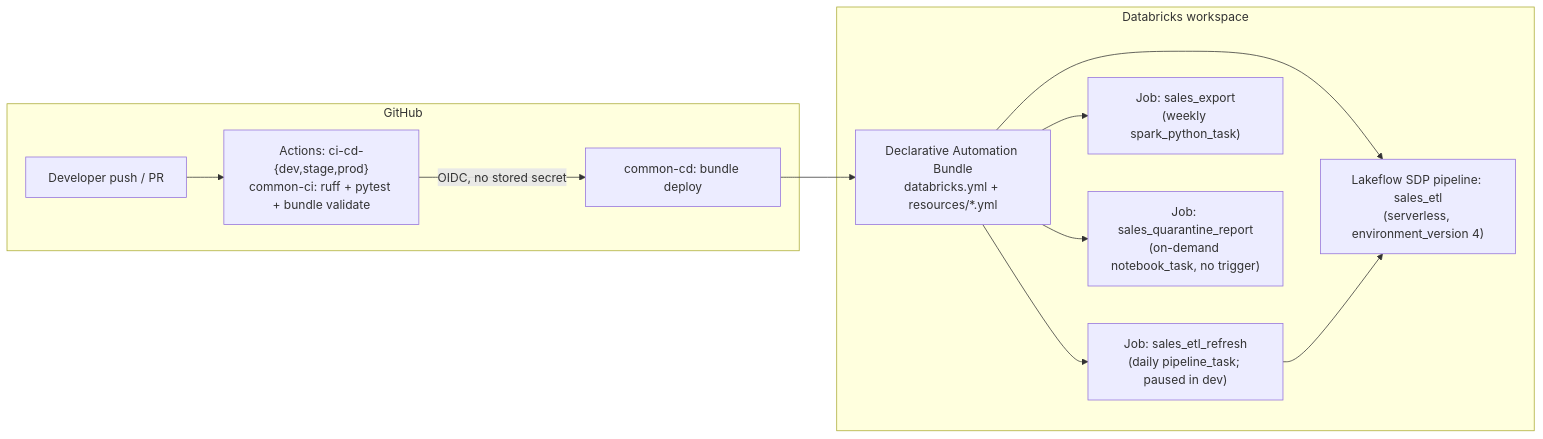
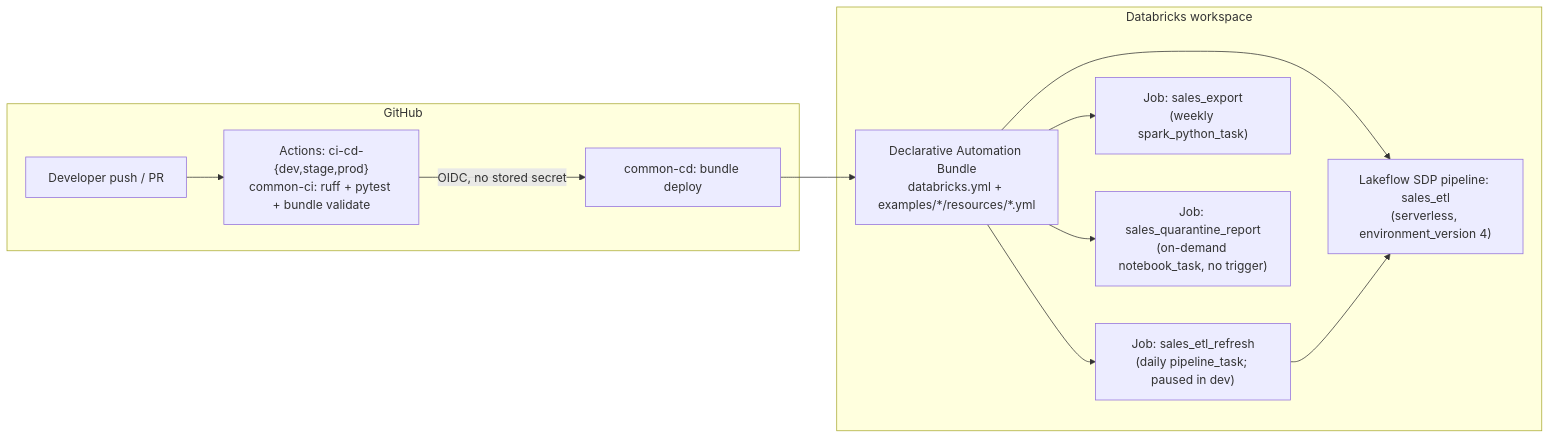
One commit to Vegash09/Demo_Lab changed the first of 3 diagrams in docs/ARCHITECTURE.md. Above: the diagram before and after it, drawn with Mermaid. The commit also changed other lines of this file and 12 other files, not shown here.

````diff
--- a/docs/ARCHITECTURE.md
+++ b/docs/ARCHITECTURE.md
@@ -5,16 +5,16 @@
 ```mermaid
 flowchart LR
     subgraph GH["GitHub"]
         DEV[Developer push / PR] --> CI["Actions: ci-cd-{dev,stage,prod}\ncommon-ci: ruff + pytest + bundle validate"]
         CI -->|OIDC, no stored secret| CD["common-cd: bundle deploy"]
     end
 
     subgraph WS["Databricks workspace"]
-        CD --> DAB["Declarative Automation Bundle\ndatabricks.yml + resources/*.yml"]
+        CD --> DAB["Declarative Automation Bundle\ndatabricks.yml + examples/*/resources/*.yml"]
         DAB --> PL["Lakeflow SDP pipeline: sales_etl\n(serverless, environment_version 4)"]
         DAB --> JOB["Job: sales_etl_refresh\n(daily pipeline_task; paused in dev)"]
         DAB --> EXP["Job: sales_export\n(weekly spark_python_task)"]
         DAB --> QR["Job: sales_quarantine_report\n(on-demand notebook_task, no trigger)"]
         JOB --> PL
     end
 ```
````
